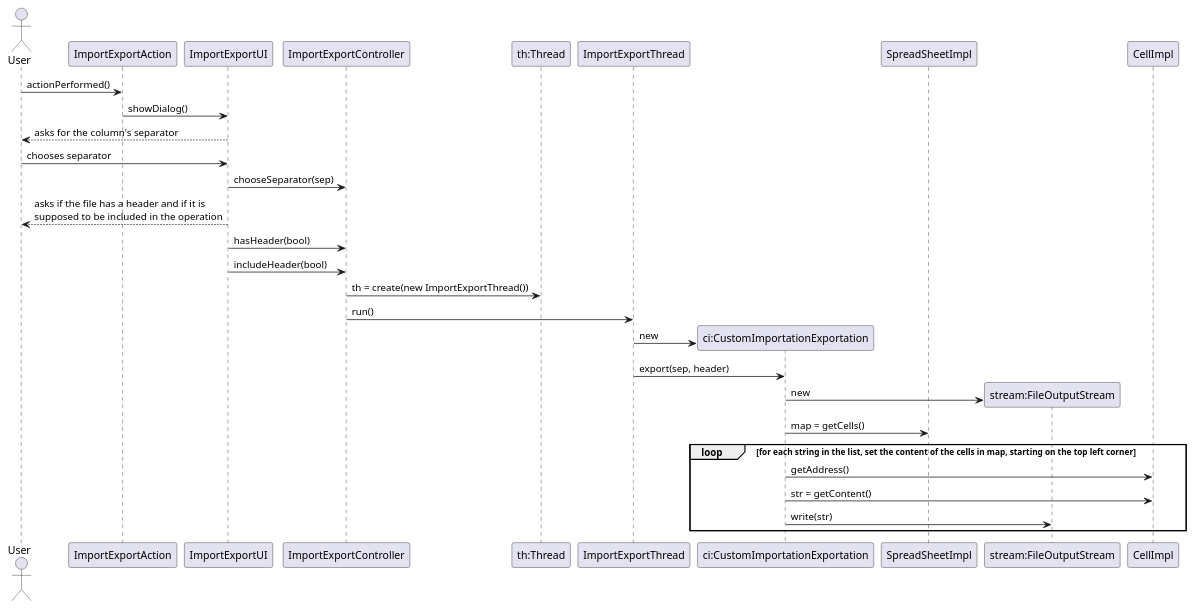
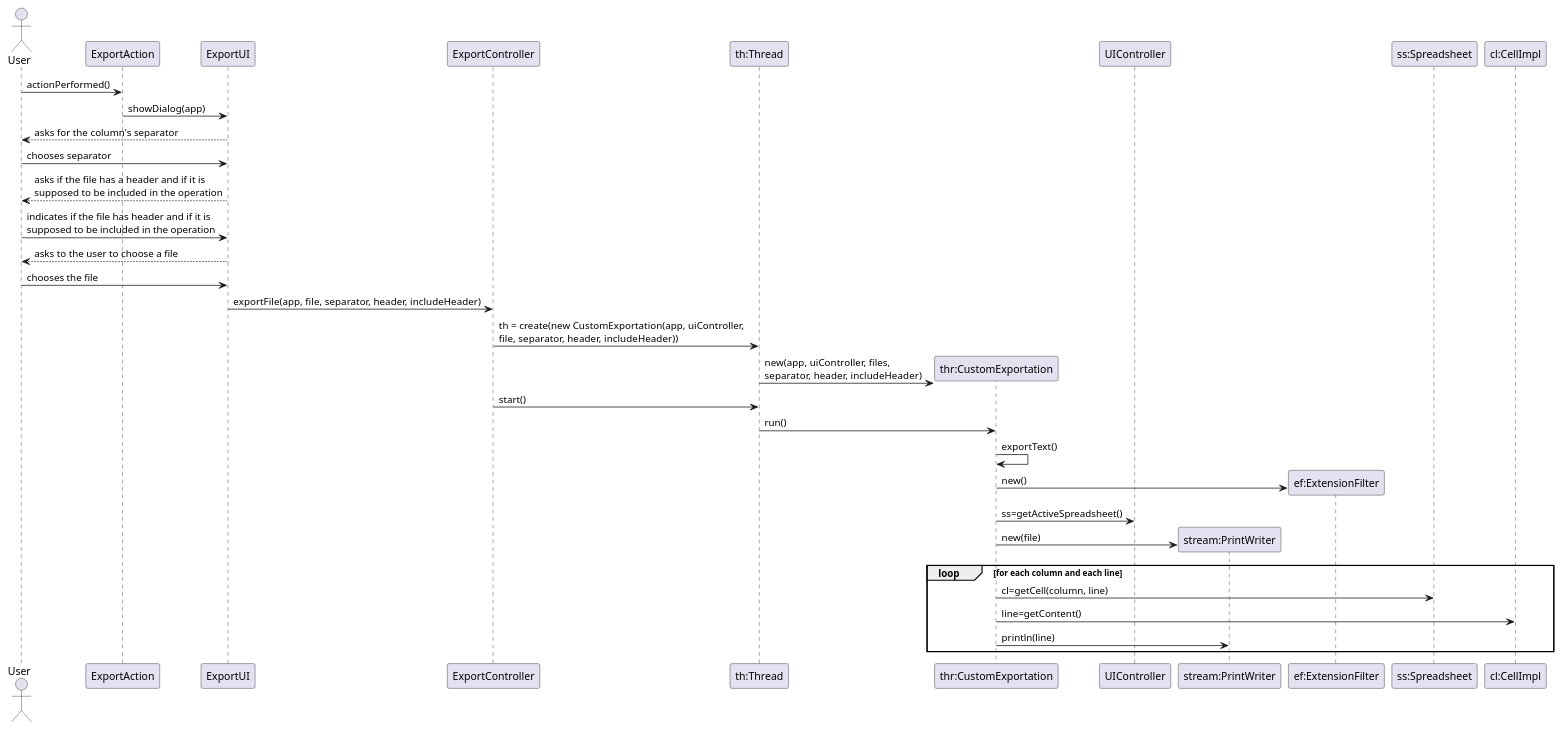
The diagram in src/csheets/userstories/ipc04_01/import_export_text/i130664/ipc04_01_sequence_diagram_export.puml (1130348/Confusao), drawn with PlantUML before and after one commit. The commit also changed 4 other files, not shown here.

```diff
--- a/src/csheets/userstories/ipc04_01/import_export_text/i130664/ipc04_01_sequence_diagram_export.puml
+++ b/src/csheets/userstories/ipc04_01/import_export_text/i130664/ipc04_01_sequence_diagram_export.puml
@@ -1,39 +1,40 @@
-@startuml doc-files/export_to_text_file_ipc04_01.png
+@startuml doc-files/export_from_text_file_ipc04_01.png
  actor User
- participant "ImportExportAction" as iea
- participant "ImportExportUI" as ui
- participant "ImportExportController" as ctrl
+ participant "ExportAction" as iea
+ participant "ExportUI" as ui
+ participant "ExportController" as ctrl
  participant "th:Thread" as th
- participant "ImportExportThread" as thr
- participant "ci:CustomImportationExportation" as cie
- participant "SpreadSheetImpl" as ssi
- participant "stream:FileOutputStream" as fos
+ participant "thr:CustomExportation" as thr
+ participant "UIController" as uictrl
+ participant "stream:PrintWriter" as pw
+ participant "ef:ExtensionFilter" as ef
+ participant "ss:Spreadsheet" as ss
+ participant "cl:CellImpl" as cl
 
 User -> iea : actionPerformed()
-iea -> ui : showDialog()
+iea -> ui : showDialog(app)
 User <-- ui : asks for the column's separator
 User -> ui : chooses separator
-ui -> ctrl : chooseSeparator(sep)
 User <-- ui : asks if the file has a header and if it is \nsupposed to be included in the operation
-ui -> ctrl : hasHeader(bool)
-ui -> ctrl : includeHeader(bool)
-ctrl -> th : th = create(new ImportExportThread())
-ctrl -> thr : run()
-create cie
-thr -> cie : new
-thr -> cie : export(sep, header)
-create fos
-cie -> fos : new
-cie -> ssi : map = getCells()
-
-loop for each string in the list, set the content of the cells in map, starting on the top left corner
-cie -> CellImpl : getAddress()
-cie -> CellImpl : str = getContent()
-cie -> fos : write(str)
+User -> ui : indicates if the file has header and if it is \nsupposed to be included in the operation
+User <-- ui : asks to the user to choose a file
+User -> ui : chooses the file
+ui -> ctrl : exportFile(app, file, separator, header, includeHeader)
+ctrl -> th : th = create(new CustomExportation(app, uiController, \nfile, separator, header, includeHeader))
+create thr
+th -> thr : new(app, uiController, files, \nseparator, header, includeHeader)
+ctrl -> th : start()
+th -> thr : run()
+thr -> thr : exportText()
+create ef
+thr -> ef : new()
+thr -> uictrl : ss=getActiveSpreadsheet()
+create pw
+thr -> pw : new(file)
+loop for each column and each line
+thr -> ss : cl=getCell(column, line)
+thr-> cl : line=getContent()
+thr -> pw : println(line)
 end loop
 
-
-
-
-
 @enduml
```
